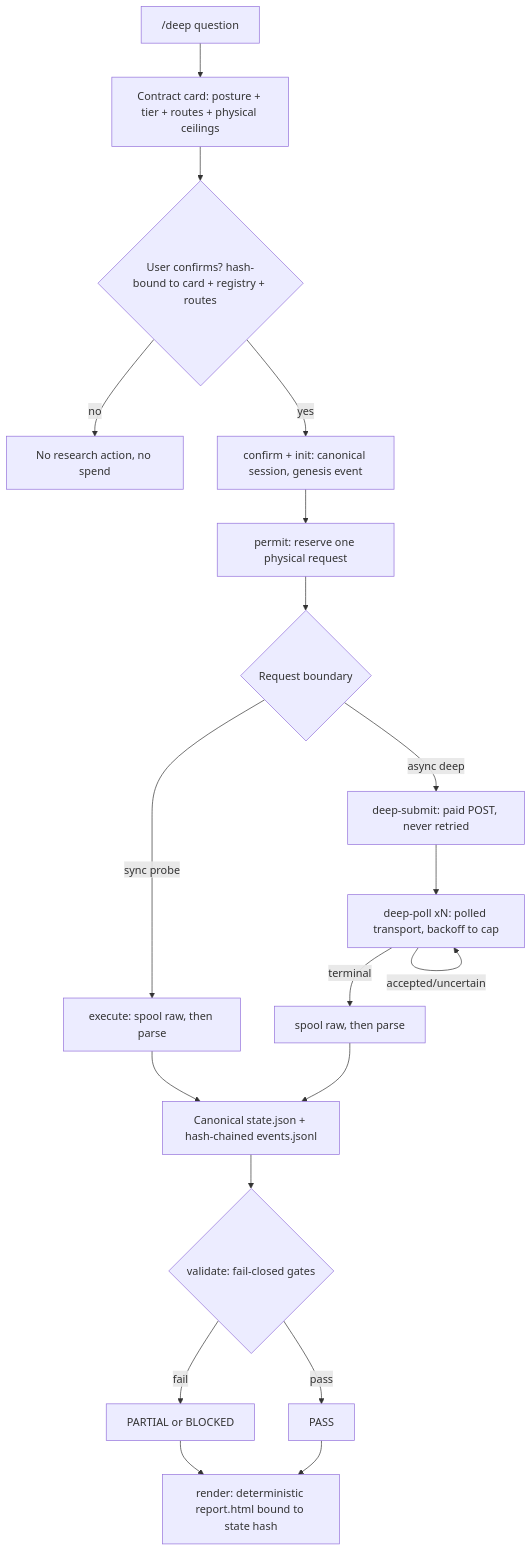
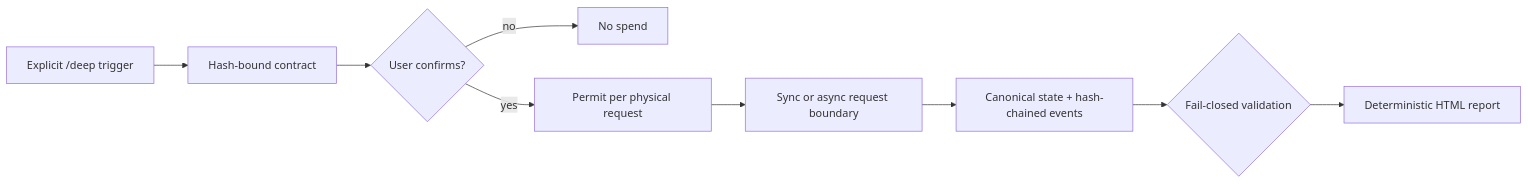
Before and after one commit to jechiu16/claude-research-cascade: the diagram in README.md, drawn with Mermaid. The commit also changed other lines of this file and 18 other files, not shown here.

Commit message:
feat: rebrand as agent deep research trigger

````diff
--- a/README.md
+++ b/README.md
@@ -52,21 +119,11 @@
 ```mermaid
-flowchart TD
-    Q["/deep question"] --> CARD["Contract card: posture + tier + routes + physical ceilings"]
-    CARD --> CONFIRM{"User confirms? hash-bound to card + registry + routes"}
-    CONFIRM -- no --> STOP["No research action, no spend"]
-    CONFIRM -- yes --> INIT["confirm + init: canonical session, genesis event"]
-    INIT --> PERMIT["permit: reserve one physical request"]
-    PERMIT --> BOUNDARY{"Request boundary"}
-    BOUNDARY -- sync probe --> PROBE["execute: spool raw, then parse"]
-    BOUNDARY -- async deep --> SUBMIT["deep-submit: paid POST, never retried"]
-    SUBMIT --> POLL["deep-poll xN: polled transport, backoff to cap"]
-    POLL -- accepted/uncertain --> POLL
-    POLL -- terminal --> HARVEST["spool raw, then parse"]
-    PROBE --> STATE["Canonical state.json + hash-chained events.jsonl"]
-    HARVEST --> STATE
-    STATE --> VALIDATE{"validate: fail-closed gates"}
-    VALIDATE -- fail --> PARTIAL["PARTIAL or BLOCKED"]
-    VALIDATE -- pass --> PASS["PASS"]
-    PARTIAL --> RENDER["render: deterministic report.html bound to state hash"]
-    PASS --> RENDER
+flowchart LR
+    T["Explicit /deep trigger"] --> C["Hash-bound contract"]
+    C --> U{"User confirms?"}
+    U -- no --> X["No spend"]
+    U -- yes --> P["Permit per physical request"]
+    P --> B["Sync or async request boundary"]
+    B --> S["Canonical state + hash-chained events"]
+    S --> V{"Fail-closed validation"}
+    V --> R["Deterministic HTML report"]
 ```
````
